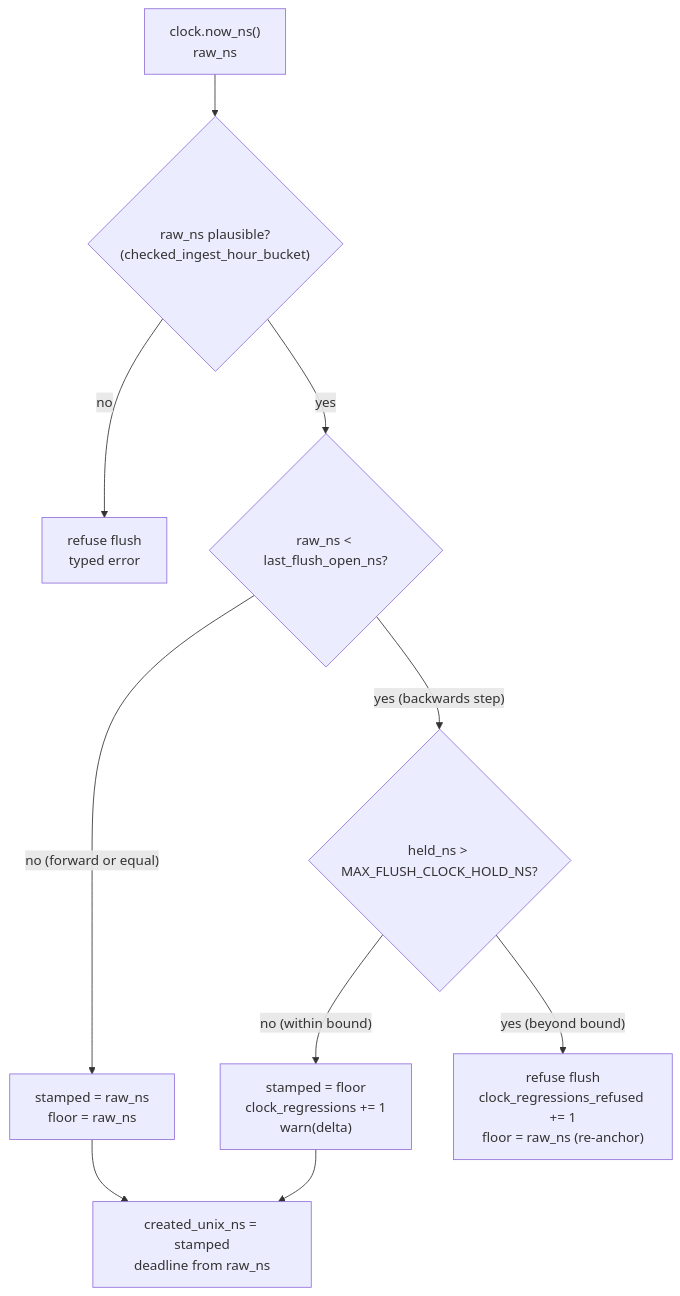
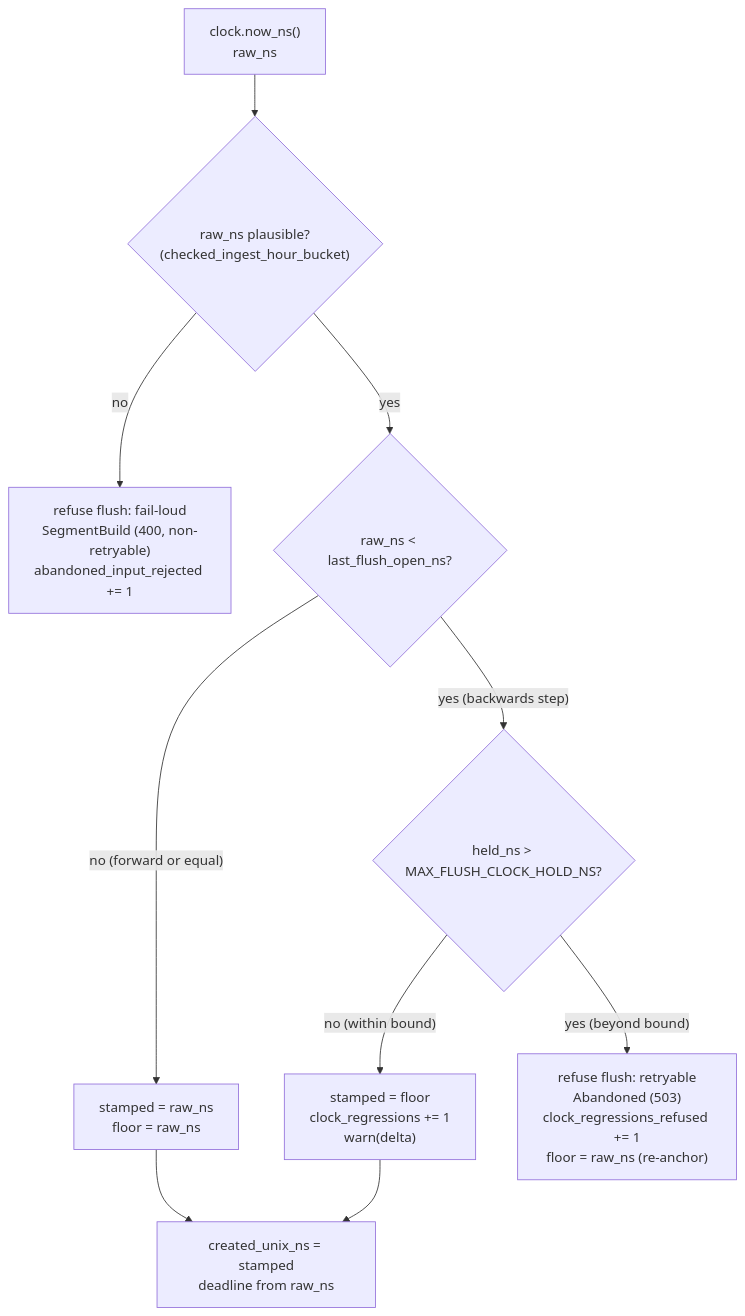
One commit to NOFireAI/ravel changed the diagram in docs/adrs/1307-per-writer-monotonic-flush-clock.md. Above: the diagram before and after it, drawn with Mermaid. The commit also changed other lines of this file and 9 other files, not shown here.

````diff
--- a/docs/adrs/1307-per-writer-monotonic-flush-clock.md
+++ b/docs/adrs/1307-per-writer-monotonic-flush-clock.md
@@ -97,12 +117,12 @@
 ```mermaid
 flowchart TD
     A["clock.now_ns()<br/>raw_ns"] --> V{"raw_ns plausible?<br/>(checked_ingest_hour_bucket)"}
-    V -- "no" --> R1["refuse flush<br/>typed error"]
+    V -- "no" --> R1["refuse flush: fail-loud<br/>SegmentBuild (400, non-retryable)<br/>abandoned_input_rejected += 1"]
     V -- "yes" --> B{"raw_ns &lt; last_flush_open_ns?"}
     B -- "no (forward or equal)" --> C["stamped = raw_ns<br/>floor = raw_ns"]
     B -- "yes (backwards step)" --> H{"held_ns &gt; MAX_FLUSH_CLOCK_HOLD_NS?"}
     H -- "no (within bound)" --> D["stamped = floor<br/>clock_regressions += 1<br/>warn(delta)"]
-    H -- "yes (beyond bound)" --> G["refuse flush<br/>clock_regressions_refused += 1<br/>floor = raw_ns (re-anchor)"]
+    H -- "yes (beyond bound)" --> G["refuse flush: retryable<br/>Abandoned (503)<br/>clock_regressions_refused += 1<br/>floor = raw_ns (re-anchor)"]
     C --> F["created_unix_ns = stamped<br/>deadline from raw_ns"]
     D --> F
 ```
````
